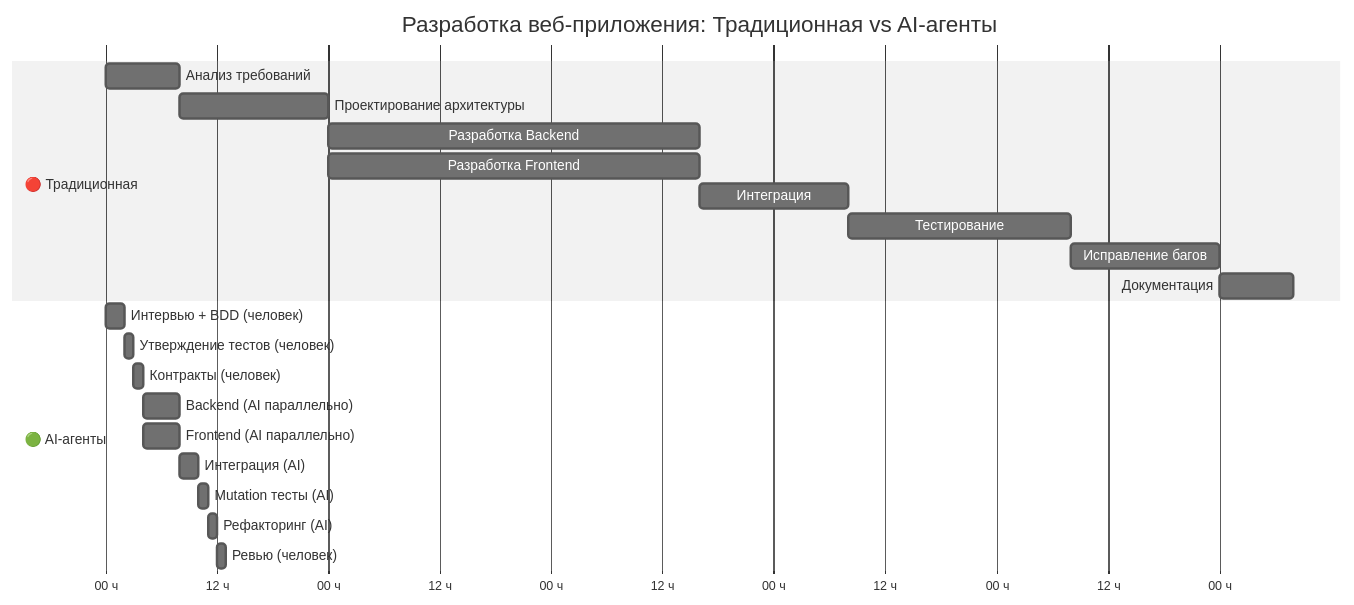
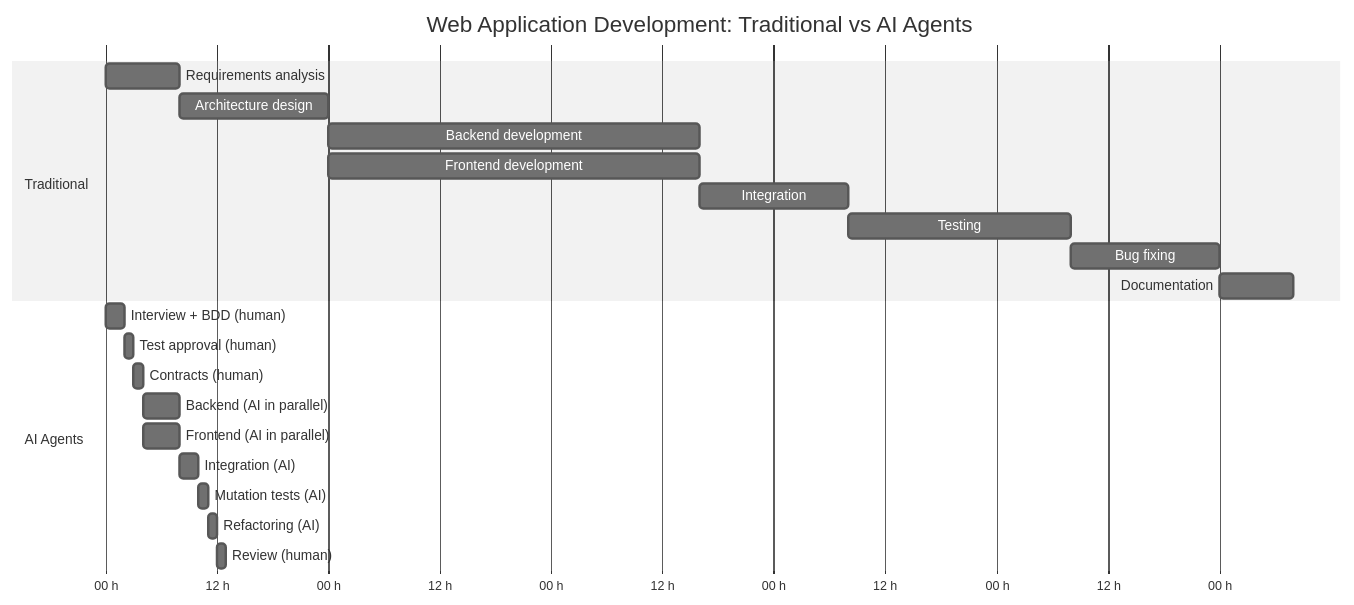
One commit to ad3002/masters-course-2025-vibe-coding changed the eighth of 13 diagrams in materials/workshop3.md. Above: the diagram before and after it, drawn with Mermaid (neutral theme). The commit also changed other lines of this file, not shown here.

````diff
--- a/materials/workshop3.md
+++ b/materials/workshop3.md
@@ -429,27 +429,27 @@
 ```mermaid
 gantt
-    title Разработка веб-приложения: Традиционная vs AI-агенты
+    title Web Application Development: Traditional vs AI Agents
     dateFormat X
-    axisFormat %H ч
+    axisFormat %H h
 
-    section 🔴 Традиционная
-    Анализ требований           :t1, 0, 8h
-    Проектирование архитектуры  :t2, after t1, 16h
-    Разработка Backend          :t3, after t2, 40h
-    Разработка Frontend         :t4, after t2, 40h
-    Интеграция                  :t5, after t3, 16h
-    Тестирование                :t6, after t5, 24h
-    Исправление багов           :t7, after t6, 16h
-    Документация                :t8, after t7, 8h
+    section Traditional
+    Requirements analysis          :t1, 0, 8h
+    Architecture design            :t2, after t1, 16h
+    Backend development            :t3, after t2, 40h
+    Frontend development           :t4, after t2, 40h
+    Integration                    :t5, after t3, 16h
+    Testing                        :t6, after t5, 24h
+    Bug fixing                     :t7, after t6, 16h
+    Documentation                  :t8, after t7, 8h
 
-    section 🟢 AI-агенты
-    Интервью + BDD (человек)    :a1, 0, 2h
-    Утверждение тестов (человек):a2, after a1, 1h
-    Контракты (человек)         :a3, after a2, 1h
-    Backend (AI параллельно)    :a4, after a3, 4h
-    Frontend (AI параллельно)   :a5, after a3, 4h
-    Интеграция (AI)             :a6, after a4, 2h
-    Mutation тесты (AI)         :a7, after a6, 1h
-    Рефакторинг (AI)            :a8, after a7, 1h
-    Ревью (человек)             :a9, after a8, 1h
+    section AI Agents
+    Interview + BDD (human)        :a1, 0, 2h
+    Test approval (human)          :a2, after a1, 1h
+    Contracts (human)              :a3, after a2, 1h
+    Backend (AI in parallel)       :a4, after a3, 4h
+    Frontend (AI in parallel)      :a5, after a3, 4h
+    Integration (AI)               :a6, after a4, 2h
+    Mutation tests (AI)            :a7, after a6, 1h
+    Refactoring (AI)               :a8, after a7, 1h
+    Review (human)                 :a9, after a8, 1h
 ```
````
